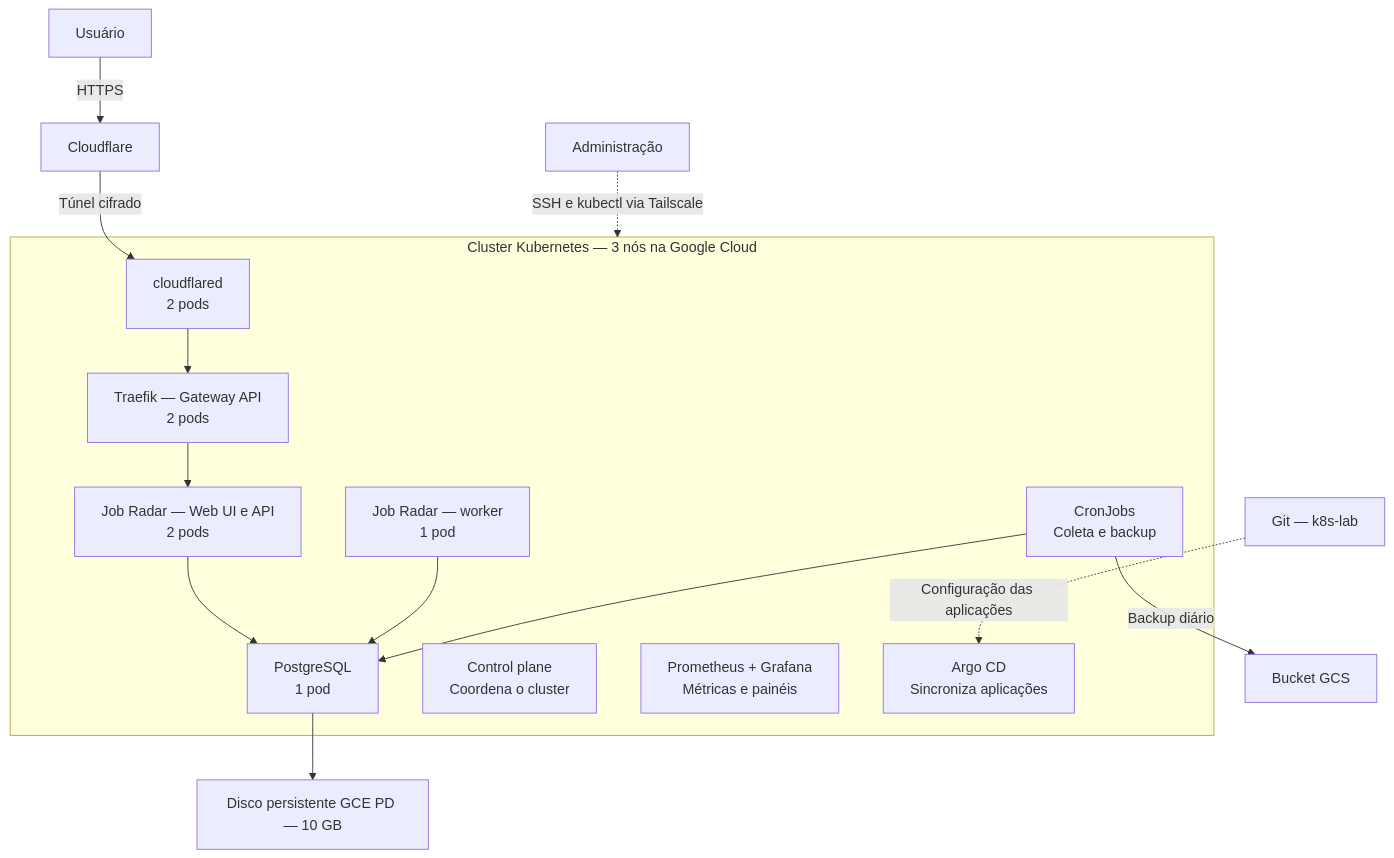
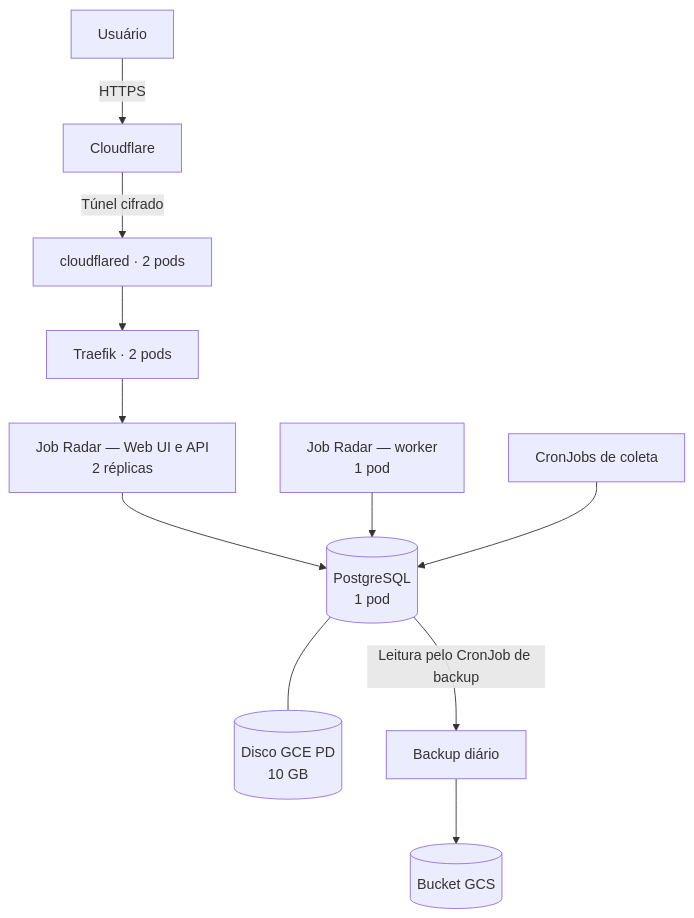
One commit to paulocerqr/k8s-lab changed the diagram in README.md. Above: the diagram before and after it, drawn with Mermaid. The commit also changed other lines of this file, not shown here.

Commit message:
diagrama mermaid simplificado

````diff
--- a/README.md
+++ b/README.md
@@ -22,28 +22,14 @@
 ```mermaid
 flowchart TB
     Usuario["Usuário"] -->|HTTPS| Cloudflare["Cloudflare"]
 
-    subgraph Cluster["Cluster Kubernetes — 3 nós na Google Cloud"]
-        Tunnel["cloudflared<br/>2 pods"]
-        Traefik["Traefik — Gateway API<br/>2 pods"]
-        API["Job Radar — Web UI e API<br/>2 pods"]
-        Worker["Job Radar — worker<br/>1 pod"]
-        CronJobs["CronJobs<br/>Coleta e backup"]
-        Banco["PostgreSQL<br/>1 pod"]
-
-        Controle["Control plane<br/>Coordena o cluster"]
-        Monitoramento["Prometheus + Grafana<br/>Métricas e painéis"]
-        Argo["Argo CD<br/>Sincroniza aplicações"]
-
-        Tunnel --> Traefik --> API
-        API --> Banco
-        Worker --> Banco
-        CronJobs --> Banco
-    end
-
-    Cloudflare -->|Túnel cifrado| Tunnel
-    Git["Git — k8s-lab"] -.->|Configuração das aplicações| Argo
-    Admin["Administração"] -.->|SSH e kubectl via Tailscale| Cluster
-    Banco --> Disco["Disco persistente GCE PD — 10 GB"]
-    CronJobs -->|Backup diário| GCS["Bucket GCS"]
+    Cloudflare -->|Túnel cifrado| Tunnel["cloudflared · 2 pods"]
+    Tunnel --> Traefik["Traefik · 2 pods"]
+    Traefik --> API["Job Radar — Web UI e API<br/>2 réplicas"]
+    API --> Banco[("PostgreSQL<br/>1 pod")]
+    Worker["Job Radar — worker<br/>1 pod"] --> Banco
+    Coleta["CronJobs de coleta"] --> Banco
+    Banco --- Disco[("Disco GCE PD<br/>10 GB")]
+    Banco -->|Leitura pelo CronJob de backup| Backup["Backup diário"]
+    Backup --> GCS[("Bucket GCS")]
 ```
````
